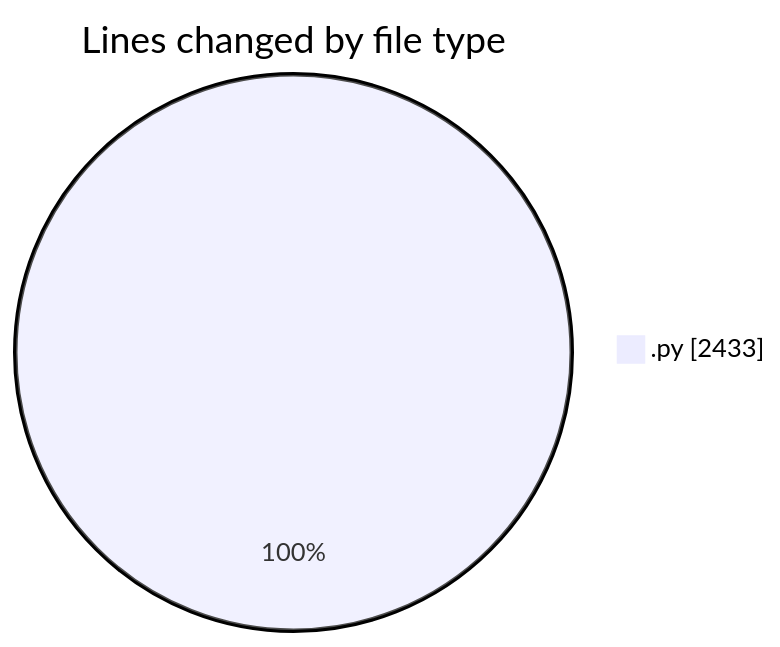
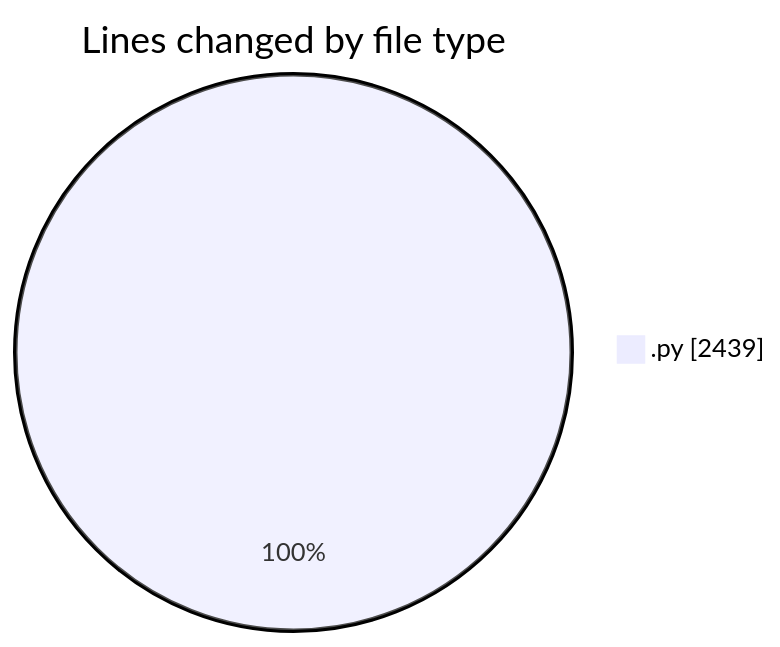
One commit to Ritupan-Deka/code-tracking changed the first of 2 diagrams in 2026-01-11/dsa/README.md. Above: the diagram before and after it, drawn with Mermaid. The commit also changed other lines of this file and 1 other file, not shown here.

````diff
--- a/2026-01-11/dsa/README.md
+++ b/2026-01-11/dsa/README.md
@@ -21,5 +21,5 @@
 ```mermaid
 pie showData
 title Lines changed by file type
-".py" : 2433
+".py" : 2439
 ```
````
